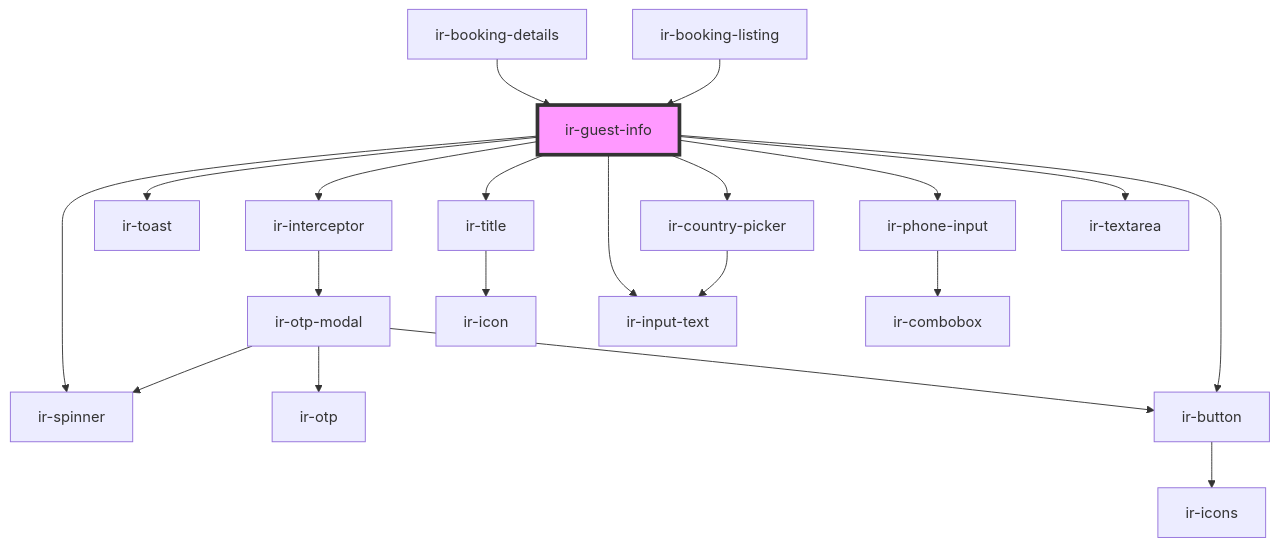
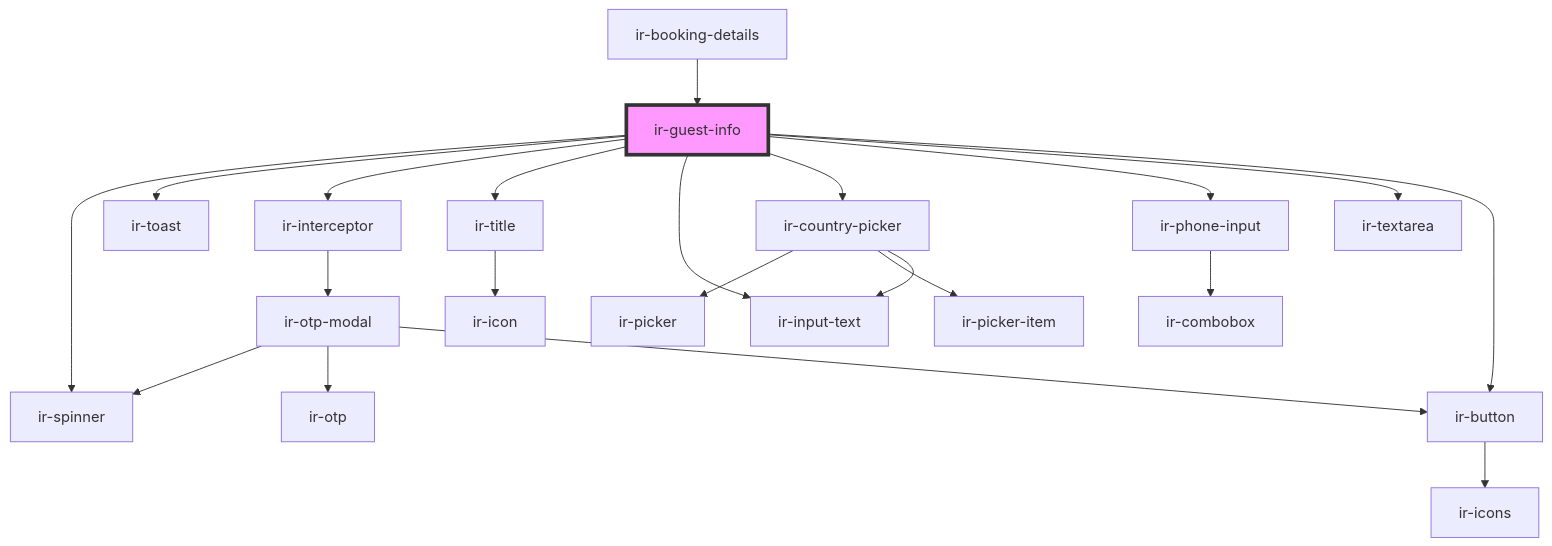
The diagram in src/components/ir-guest-info/readme.md (David1Chowaifaty/modified-ir-webcmp), drawn with Mermaid before and after one commit. The commit also changed other lines of this file and 77 other files, not shown here.

````diff
--- a/src/components/ir-guest-info/readme.md
+++ b/src/components/ir-guest-info/readme.md
@@ -49,23 +48,24 @@
 ```mermaid
 graph TD;
   ir-guest-info --> ir-spinner
   ir-guest-info --> ir-toast
   ir-guest-info --> ir-interceptor
   ir-guest-info --> ir-title
   ir-guest-info --> ir-input-text
   ir-guest-info --> ir-country-picker
   ir-guest-info --> ir-phone-input
   ir-guest-info --> ir-textarea
   ir-guest-info --> ir-button
   ir-interceptor --> ir-otp-modal
   ir-otp-modal --> ir-spinner
   ir-otp-modal --> ir-otp
   ir-otp-modal --> ir-button
   ir-button --> ir-icons
   ir-title --> ir-icon
+  ir-country-picker --> ir-picker
+  ir-country-picker --> ir-picker-item
   ir-country-picker --> ir-input-text
   ir-phone-input --> ir-combobox
   ir-booking-details --> ir-guest-info
-  ir-booking-listing --> ir-guest-info
   style ir-guest-info fill:#f9f,stroke:#333,stroke-width:4px
 ```
````
